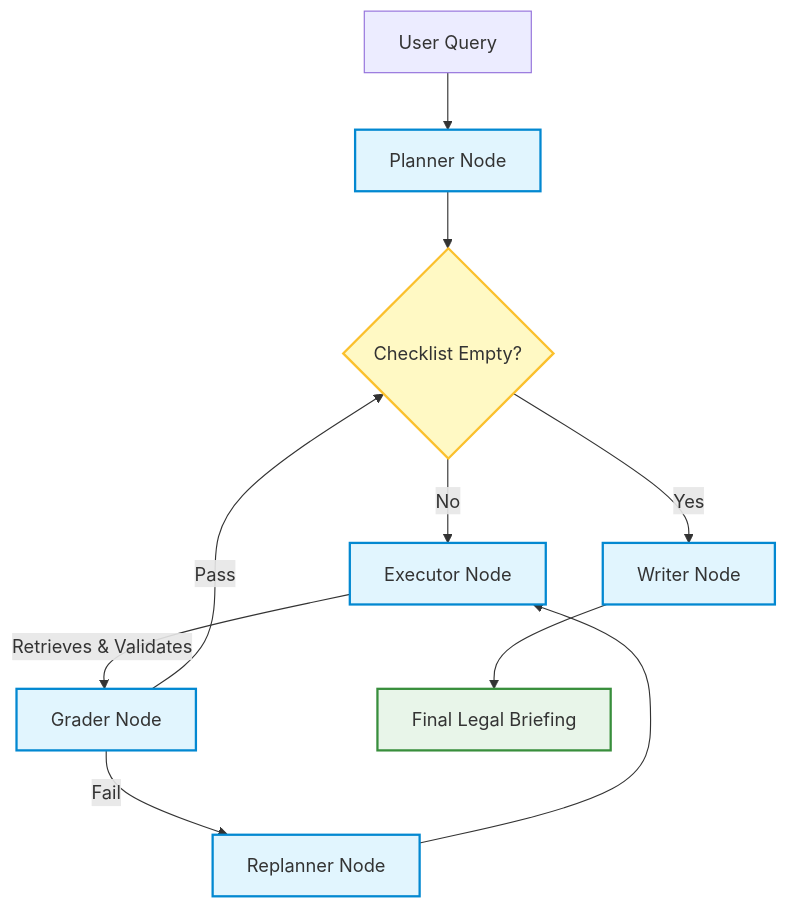
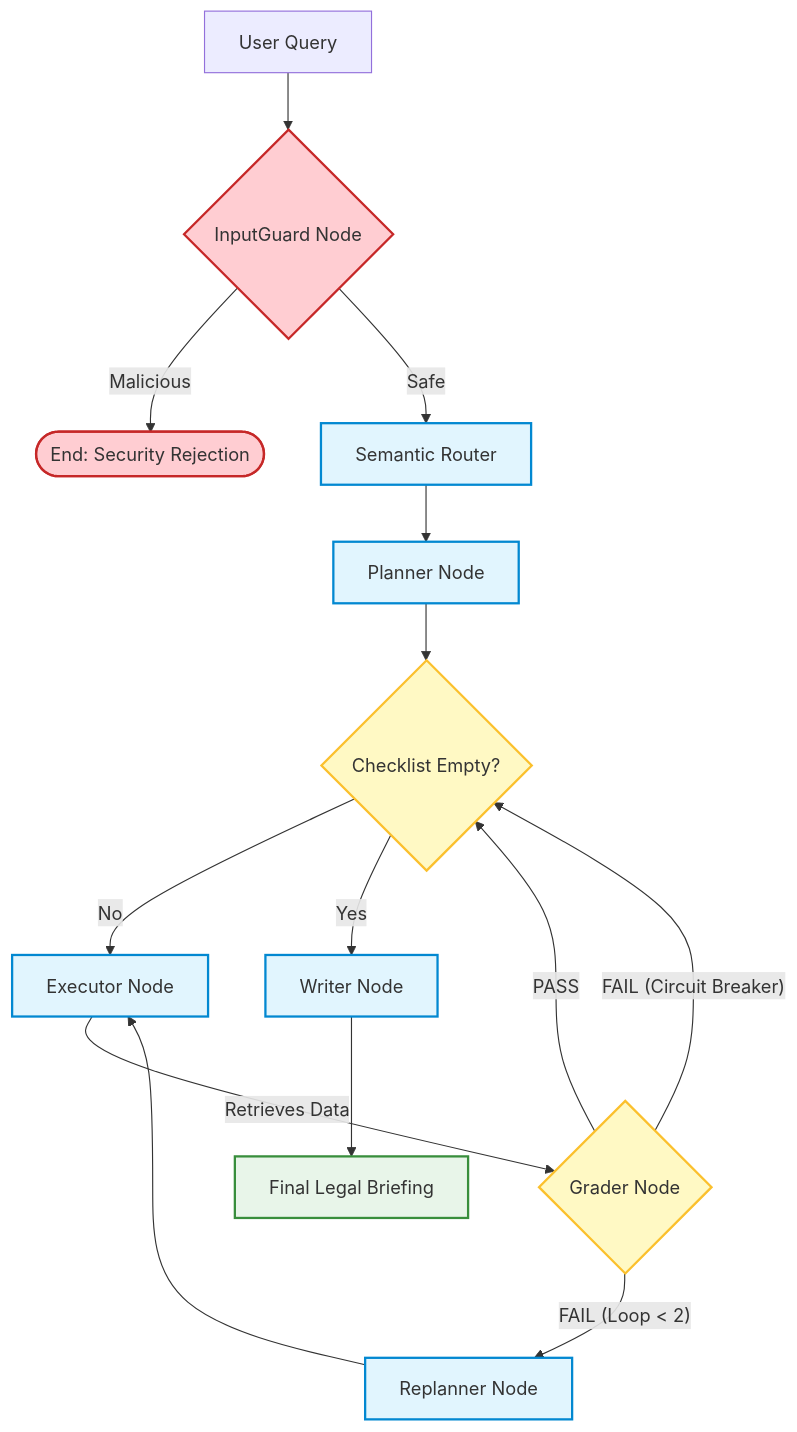
The diagram in README.md (vamsigudipati/Multi-Agent-Legal-RAG), drawn with Mermaid before and after one commit. The commit also changed other lines of this file, not shown here.

First line of the commit message:
feat: implement enterprise security, anti-hallucination guardrails, and regression tests

````diff
--- a/README.md
+++ b/README.md
@@ -17,25 +19,31 @@
 ```mermaid
 graph TD
-    A[User Query] --> B[Planner Node]
+    A[User Query] --> IG{InputGuard Node}
+    IG -- "Malicious" --> Block([End: Security Rejection])
+    IG -- "Safe" --> SR[Semantic Router]
+    
+    SR --> B[Planner Node]
     B --> C{Checklist Empty?}
     C -- No --> D[Executor Node]
     C -- Yes --> H[Writer Node]
     
-    D -->|Retrieves & Validates| E[Grader Node]
+    D -->|Retrieves Data| E{Grader Node}
     
-    E -->|Pass| C
-    E -->|Fail| F[Replanner Node]
+    E -- "PASS" --> C
+    E -- "FAIL (Loop < 2)" --> F[Replanner Node]
+    E -- "FAIL (Circuit Breaker)" --> C
     
     F --> D
     
     H --> I[Final Legal Briefing]
     
+    classDef security fill:#ffcdd2,stroke:#c62828,stroke-width:2px;
     classDef agent fill:#e1f5fe,stroke:#0288d1,stroke-width:2px;
     classDef router fill:#fff9c4,stroke:#fbc02d,stroke-width:2px;
     classDef final fill:#e8f5e9,stroke:#388e3c,stroke-width:2px;
     
-    class B,D,E,F,H agent;
-    class C router;
+    class IG,Block security;
+    class B,D,F,H,SR agent;
+    class C,E router;
     class I final;
-
 ```
````
